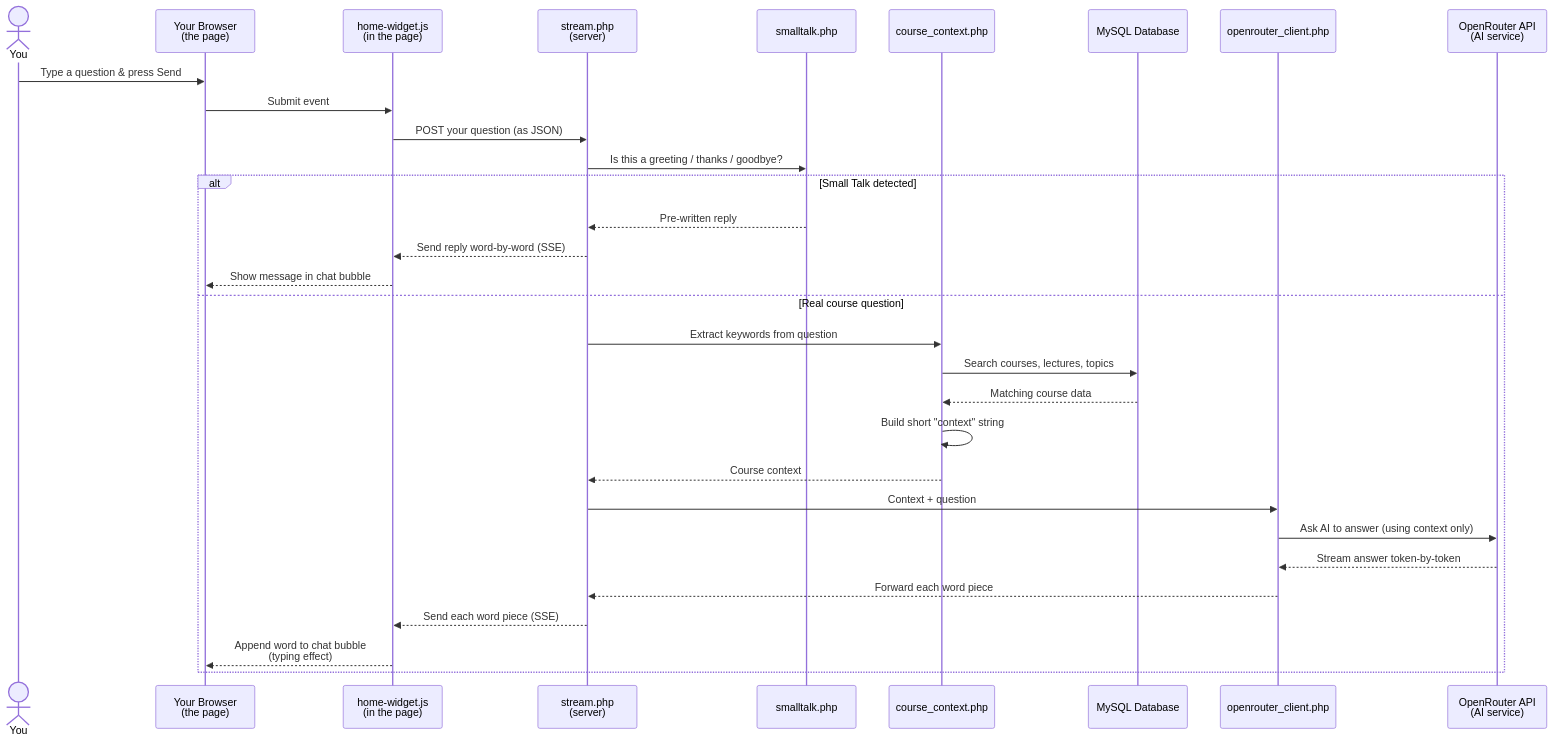
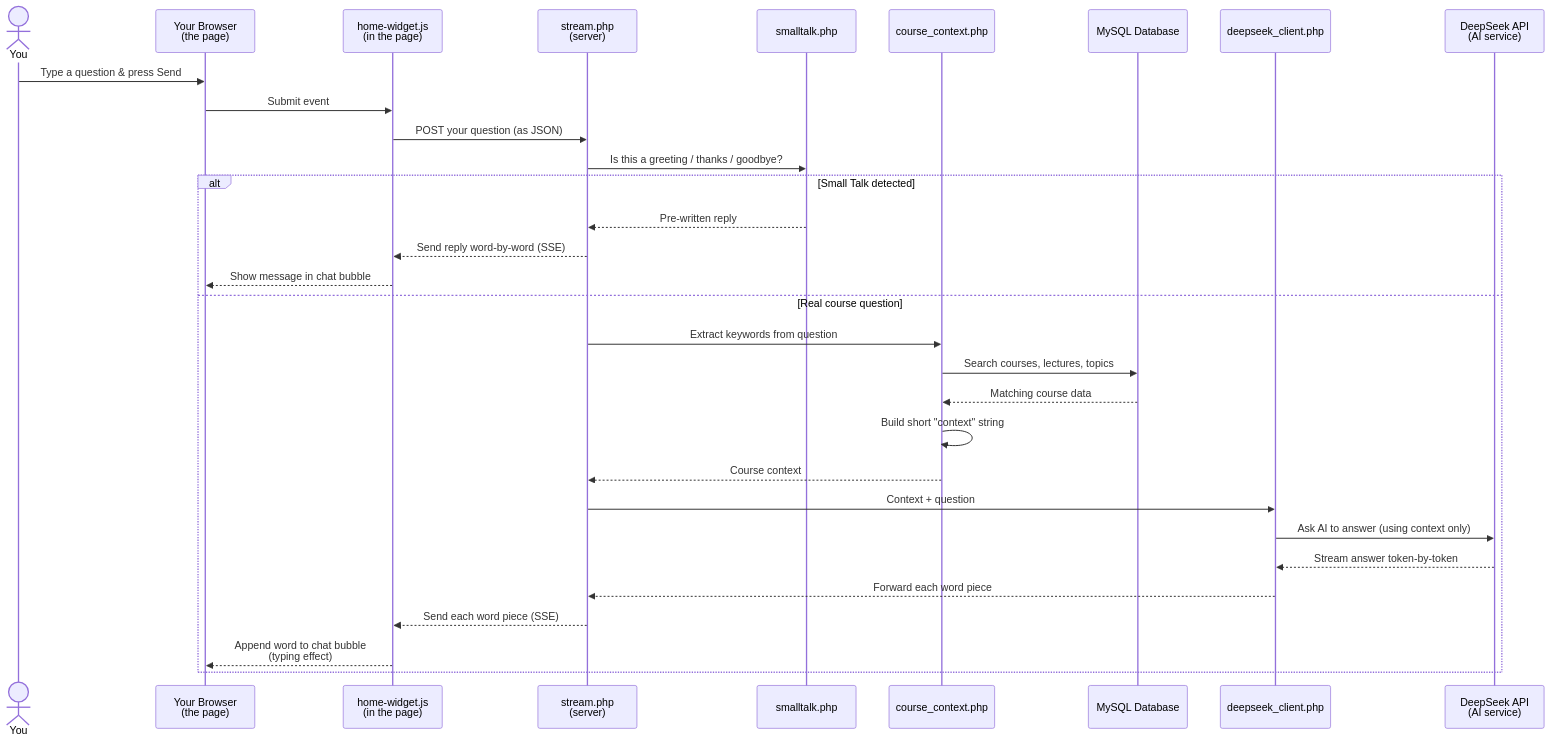
The diagram in chatbot/README.md (dwipsarker2001/nextgen-learning), drawn with Mermaid before and after one commit. The commit also changed other lines of this file and 19 other files, not shown here.

````diff
--- a/chatbot/README.md
+++ b/chatbot/README.md
@@ -43,35 +43,35 @@
 ```mermaid
 sequenceDiagram
     actor You
     participant Browser as Your Browser<br/>(the page)
     participant Widget as home-widget.js<br/>(in the page)
     participant Stream as stream.php<br/>(server)
     participant SmallTalk as smalltalk.php
     participant Context as course_context.php
     participant DB as MySQL Database
-    participant AI as openrouter_client.php
-    participant OpenRouter as OpenRouter API<br/>(AI service)
+    participant AI as deepseek_client.php
+    participant DeepSeek as DeepSeek API<br/>(AI service)
 
     You->>Browser: Type a question & press Send
     Browser->>Widget: Submit event
     Widget->>Stream: POST your question (as JSON)
     Stream->>SmallTalk: Is this a greeting / thanks / goodbye?
 
     alt Small Talk detected
         SmallTalk-->>Stream: Pre-written reply
         Stream-->>Widget: Send reply word-by-word (SSE)
         Widget-->>Browser: Show message in chat bubble
     else Real course question
         Stream->>Context: Extract keywords from question
         Context->>DB: Search courses, lectures, topics
         DB-->>Context: Matching course data
         Context->>Context: Build short "context" string
         Context-->>Stream: Course context
         Stream->>AI: Context + question
-        AI->>OpenRouter: Ask AI to answer (using context only)
-        OpenRouter-->>AI: Stream answer token-by-token
+        AI->>DeepSeek: Ask AI to answer (using context only)
+        DeepSeek-->>AI: Stream answer token-by-token
         AI-->>Stream: Forward each word piece
         Stream-->>Widget: Send each word piece (SSE)
         Widget-->>Browser: Append word to chat bubble<br/>(typing effect)
     end
 ```
````
